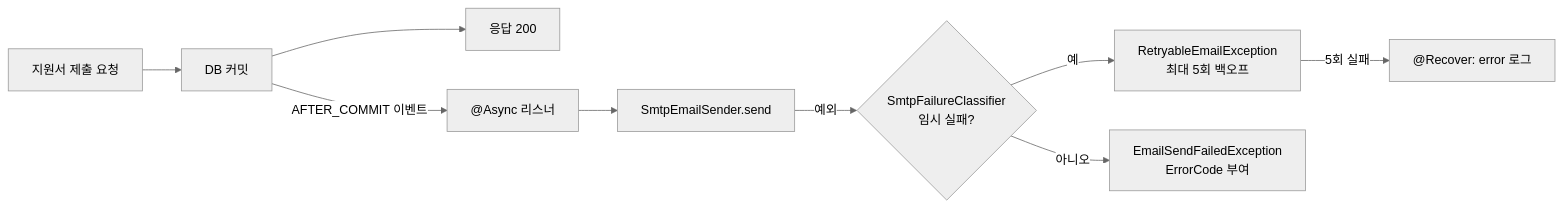
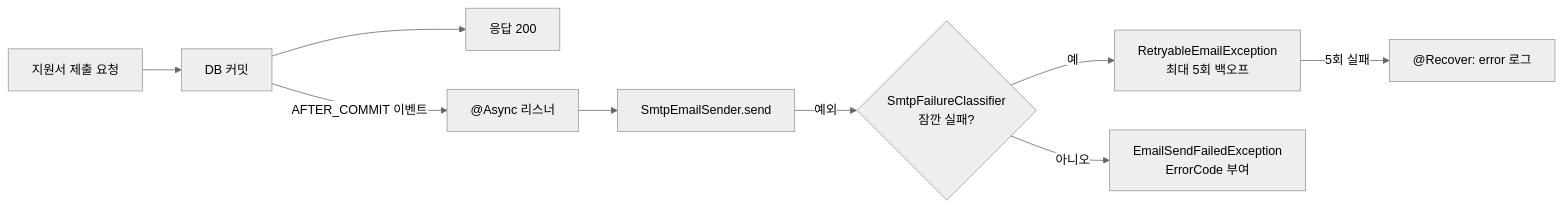
One commit to gary5876/portfolio changed the diagram in _posts/2025-10-08-email-event-retry-classification.md. Above: the diagram before and after it, drawn with Mermaid (neutral theme). The commit also changed other lines of this file and 7 other files, not shown here.

````diff
--- a/_posts/2025-10-08-email-event-retry-classification.md
+++ b/_posts/2025-10-08-email-event-retry-classification.md
@@ -44,11 +64,11 @@
 ```mermaid
 flowchart LR
     A[지원서 제출 요청] --> B[DB 커밋]
     B --> C[응답 200]
     B -- AFTER_COMMIT 이벤트 --> D["@Async 리스너"]
     D --> E[SmtpEmailSender.send]
-    E -- 예외 --> F{SmtpFailureClassifier<br/>임시 실패?}
+    E -- 예외 --> F{SmtpFailureClassifier<br/>잠깐 실패?}
     F -- 예 --> G[RetryableEmailException<br/>최대 5회 백오프]
     F -- 아니오 --> H[EmailSendFailedException<br/>ErrorCode 부여]
     G -- 5회 실패 --> I["@Recover: error 로그"]
 ```
````
